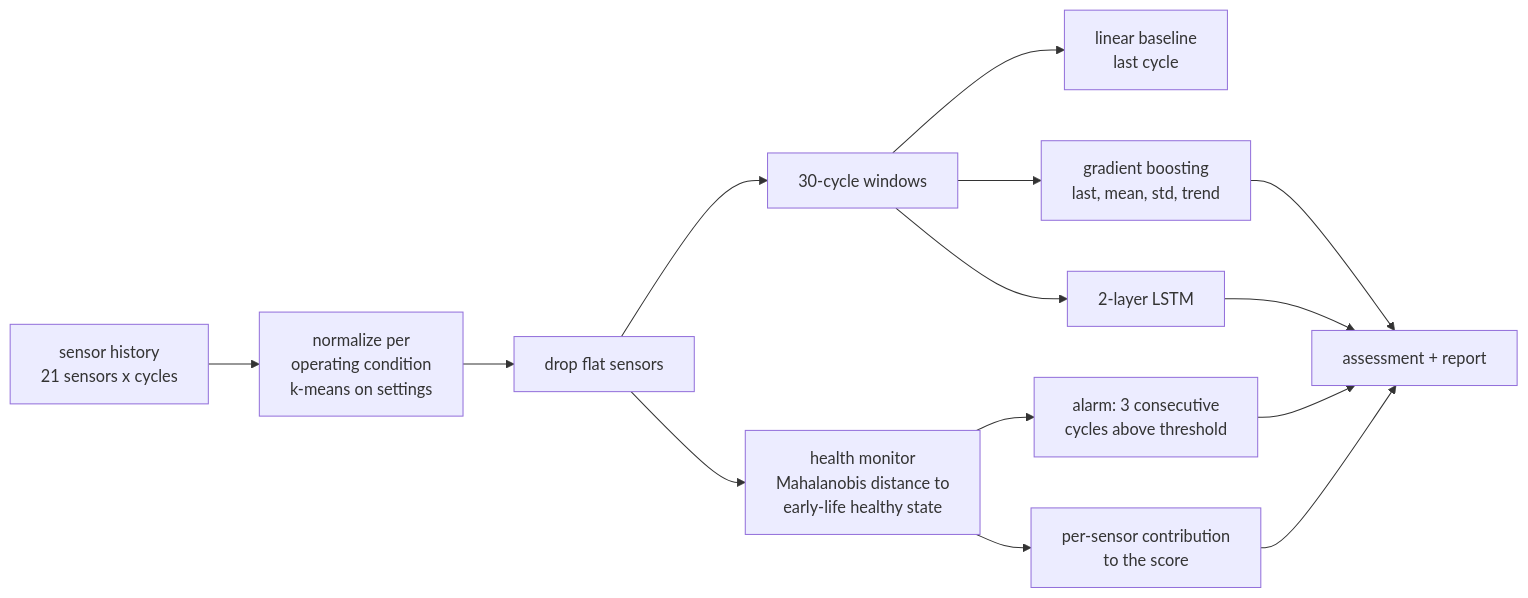
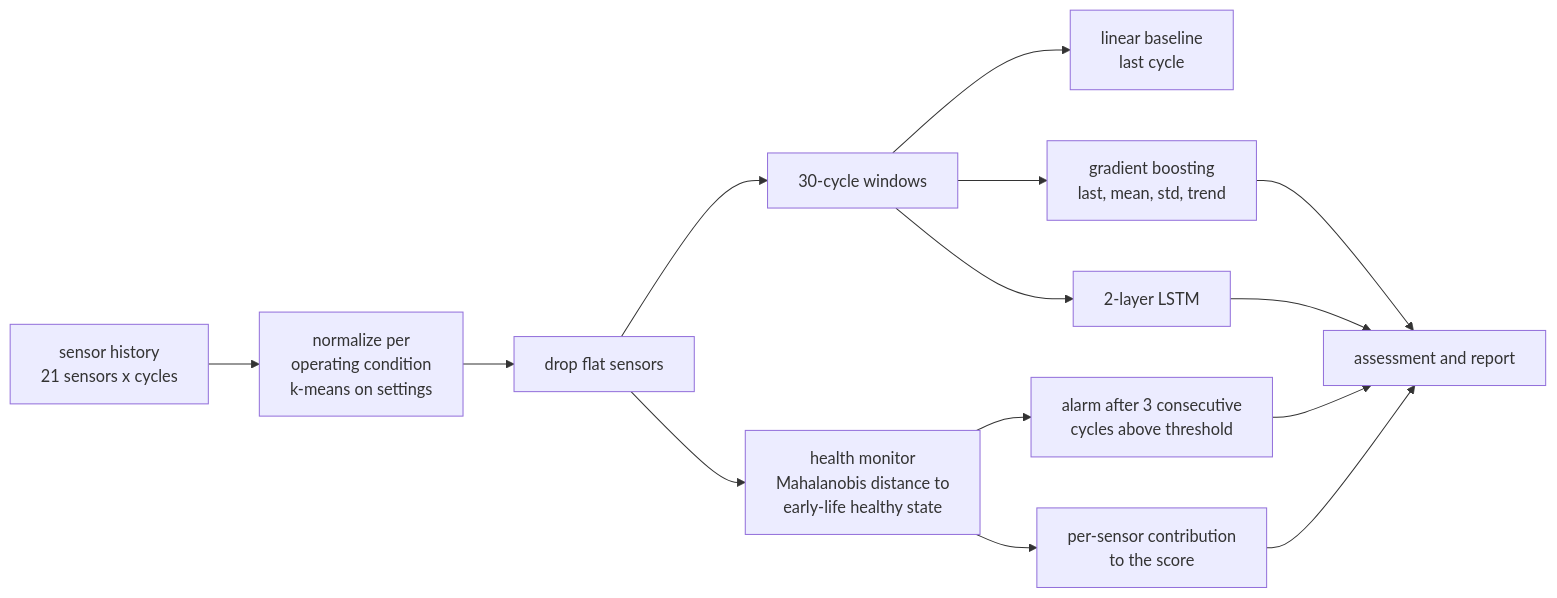
The diagram in README.md (ihebtb/turbofan-predictive-maintenance), drawn with Mermaid before and after one commit.

Commit message:
Fix architecture diagram rendering on GitHub

````diff
--- a/README.md
+++ b/README.md
@@ -63,14 +63,16 @@
 ```mermaid
 flowchart LR
-    A[sensor history<br/>21 sensors x cycles] --> B[normalize per<br/>operating condition<br/>k-means on settings]
-    B --> C[drop flat sensors]
-    C --> D[30-cycle windows]
-    D --> E1[linear baseline<br/>last cycle]
-    D --> E2[gradient boosting<br/>last, mean, std, trend]
-    D --> E3[2-layer LSTM]
-    C --> F[health monitor<br/>Mahalanobis distance to<br/>early-life healthy state]
-    F --> G[alarm: 3 consecutive<br/>cycles above threshold]
-    F --> H[per-sensor contribution<br/>to the score]
-    E2 & E3 --> I[assessment + report]
-    G & H --> I
+    A["sensor history<br/>21 sensors x cycles"] --> B["normalize per<br/>operating condition<br/>k-means on settings"]
+    B --> C["drop flat sensors"]
+    C --> D["30-cycle windows"]
+    D --> E1["linear baseline<br/>last cycle"]
+    D --> E2["gradient boosting<br/>last, mean, std, trend"]
+    D --> E3["2-layer LSTM"]
+    C --> F["health monitor<br/>Mahalanobis distance to<br/>early-life healthy state"]
+    F --> G["alarm after 3 consecutive<br/>cycles above threshold"]
+    F --> H["per-sensor contribution<br/>to the score"]
+    E2 --> I["assessment and report"]
+    E3 --> I
+    G --> I
+    H --> I
 ```
````
